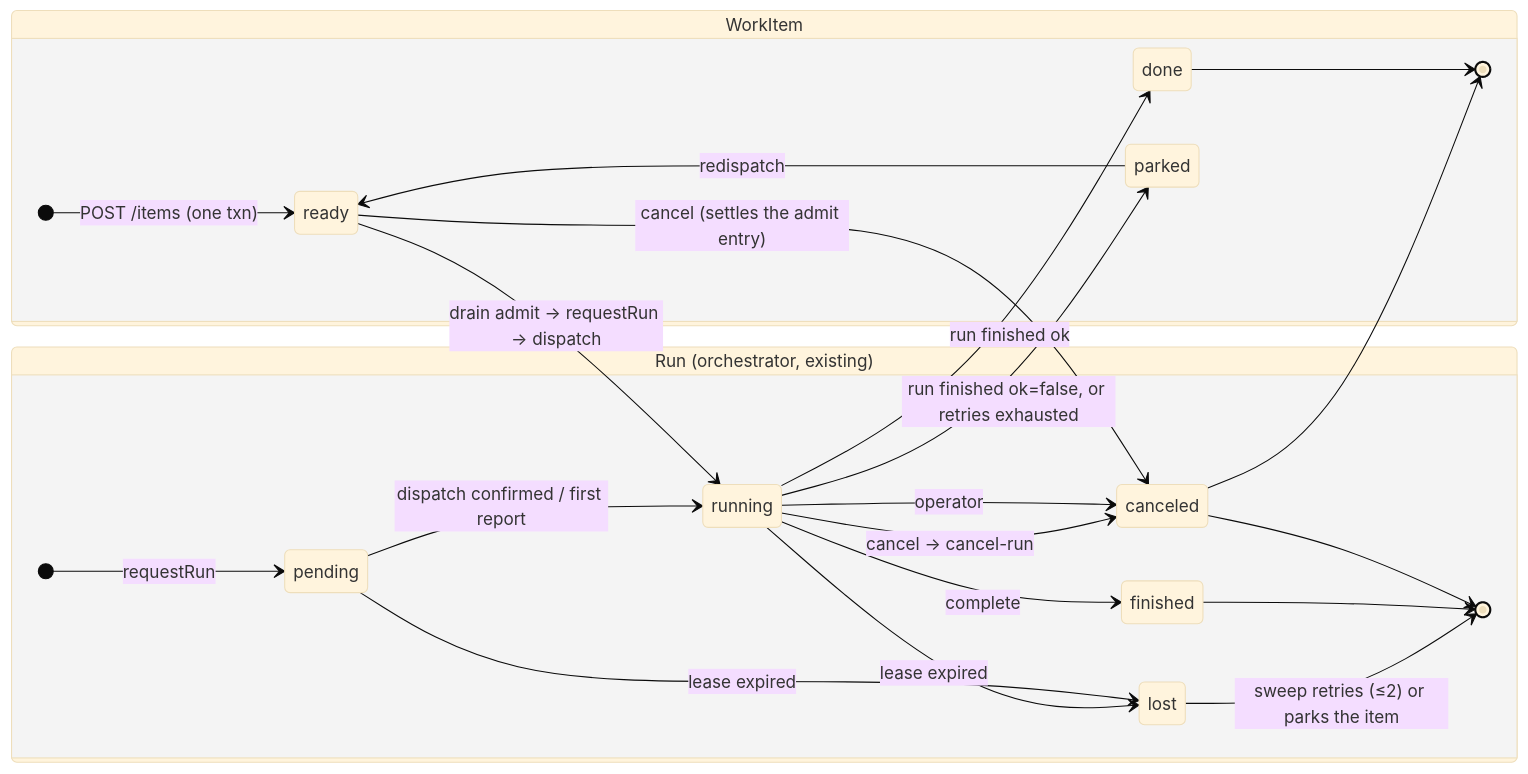
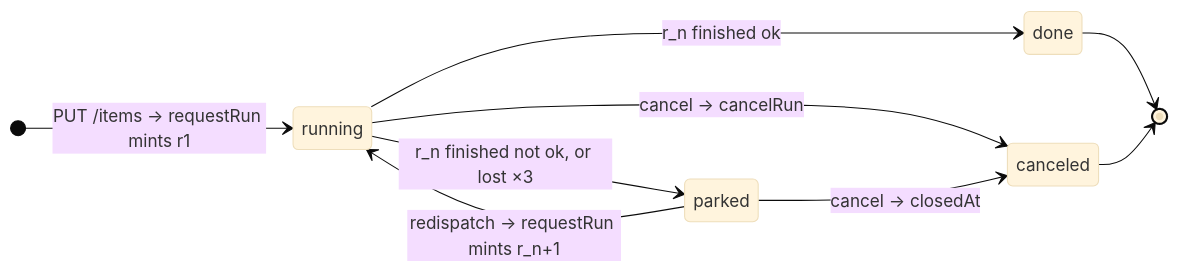
One commit to jlapenna/agent-lcars changed the third of 4 diagrams in docs/superpowers/specs/2026-08-23-native-work-items-design.md. Above: the diagram before and after it, drawn with Mermaid (base theme). The commit also changed other lines of this file, not shown here.

First line of the commit message:
docs(work): rewrite the spec on the one-store model

````diff
--- a/docs/superpowers/specs/2026-08-23-native-work-items-design.md
+++ b/docs/superpowers/specs/2026-08-23-native-work-items-design.md
@@ -227,26 +184,12 @@
 ```mermaid
 stateDiagram-v2
   direction LR
-  state "WorkItem" as W {
-    [*] --> ready : POST /items (one txn)
-    ready --> running : drain admit → requestRun → dispatch
-    ready --> canceled : cancel (settles the admit entry)
-    running --> done : run finished ok
-    running --> parked : run finished ok=false, or retries exhausted
-    running --> canceled : cancel → cancel-run
-    parked --> ready : redispatch
-    done --> [*]
-    canceled --> [*]
-  }
-  state "Run (orchestrator, existing)" as R {
-    [*] --> pending : requestRun
-    pending --> running : dispatch confirmed / first report
-    running --> finished : complete
-    running --> canceled : operator
-    running --> lost : lease expired
-    pending --> lost : lease expired
-    lost --> [*] : sweep retries (≤2) or parks the item
-    finished --> [*]
-    canceled --> [*]
-  }
+  [*] --> running : PUT /items → requestRun mints r1
+  running --> done : r_n finished ok
+  running --> parked : r_n finished not ok, or lost ×3
+  running --> canceled : cancel → cancelRun
+  parked --> running : redispatch → requestRun mints r_n+1
+  parked --> canceled : cancel → closedAt
+  done --> [*]
+  canceled --> [*]
 ```
````
